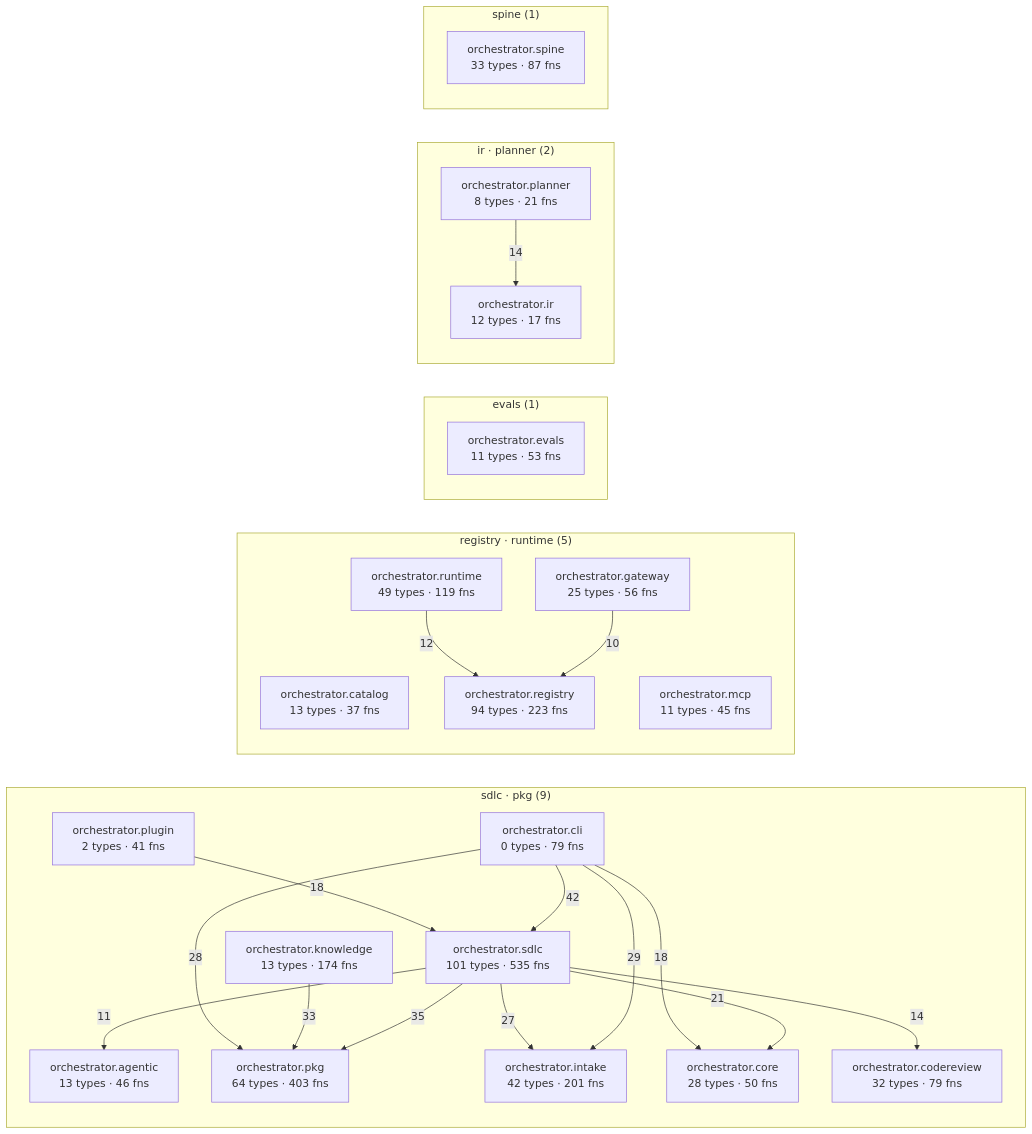
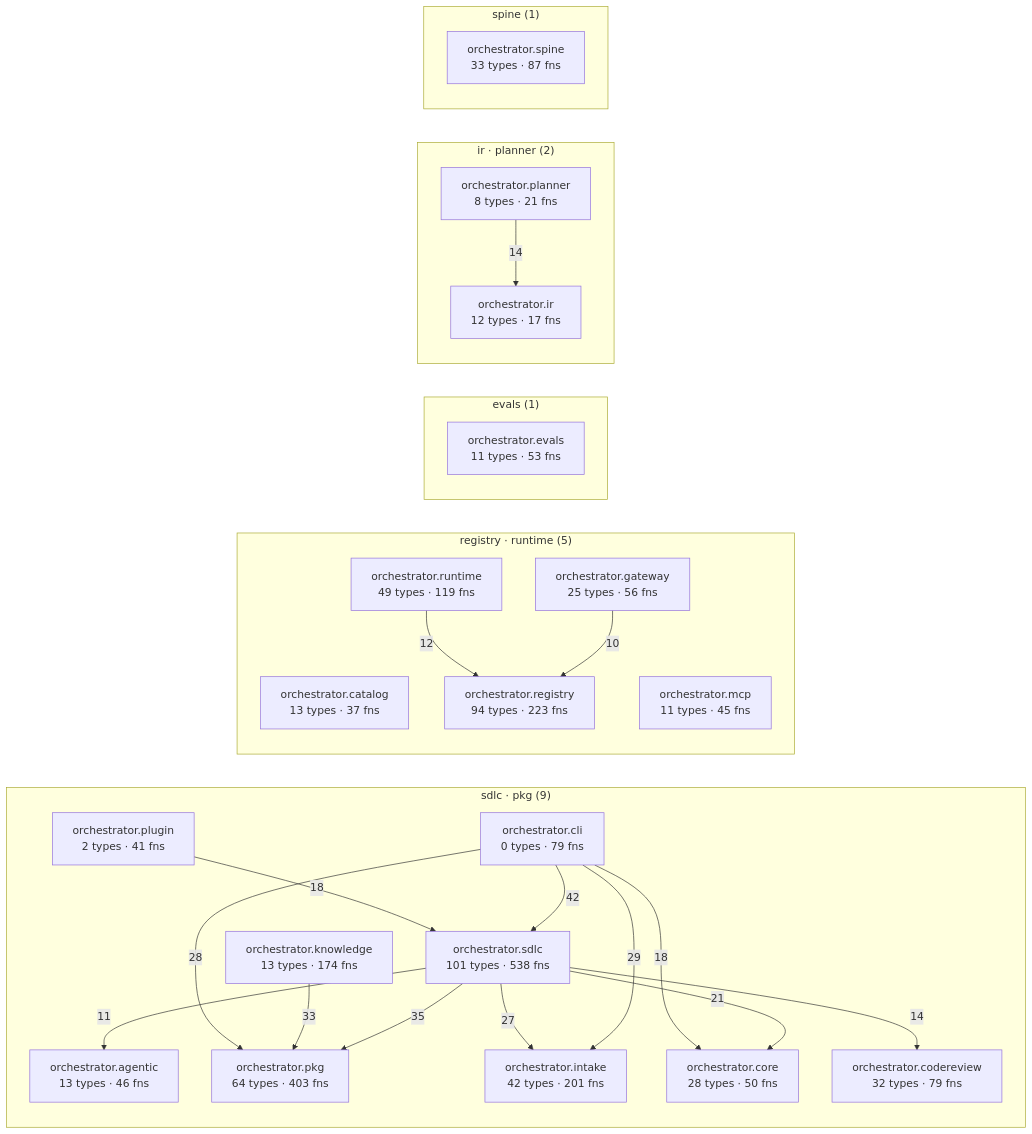
The diagram in episteme/architecture.md (synaptixs/spine), drawn with Mermaid before and after one commit. The commit also changed other lines of this file and 10 other files, not shown here.

````diff
--- a/episteme/architecture.md
+++ b/episteme/architecture.md
@@ -54,45 +54,45 @@
 ```mermaid
 flowchart LR
   subgraph c_1["sdlc · pkg (9)"]
     aorchestratoragentic["orchestrator.agentic<br/>13 types · 46 fns"]
     aorchestratorcli["orchestrator.cli<br/>0 types · 79 fns"]
     aorchestratorcodereview["orchestrator.codereview<br/>32 types · 79 fns"]
     aorchestratorcore["orchestrator.core<br/>28 types · 50 fns"]
     aorchestratorintake["orchestrator.intake<br/>42 types · 201 fns"]
     aorchestratorknowledge["orchestrator.knowledge<br/>13 types · 174 fns"]
     aorchestratorpkg["orchestrator.pkg<br/>64 types · 403 fns"]
     aorchestratorplugin["orchestrator.plugin<br/>2 types · 41 fns"]
-    aorchestratorsdlc["orchestrator.sdlc<br/>101 types · 535 fns"]
+    aorchestratorsdlc["orchestrator.sdlc<br/>101 types · 538 fns"]
   end
   subgraph c_3["registry · runtime (5)"]
     aorchestratorcatalog["orchestrator.catalog<br/>13 types · 37 fns"]
     aorchestratorgateway["orchestrator.gateway<br/>25 types · 56 fns"]
     aorchestratormcp["orchestrator.mcp<br/>11 types · 45 fns"]
     aorchestratorregistry["orchestrator.registry<br/>94 types · 223 fns"]
     aorchestratorruntime["orchestrator.runtime<br/>49 types · 119 fns"]
   end
   subgraph c_5["evals (1)"]
     aorchestratorevals["orchestrator.evals<br/>11 types · 53 fns"]
   end
   subgraph c_7["ir · planner (2)"]
     aorchestratorir["orchestrator.ir<br/>12 types · 17 fns"]
     aorchestratorplanner["orchestrator.planner<br/>8 types · 21 fns"]
   end
   subgraph c_10["spine (1)"]
     aorchestratorspine["orchestrator.spine<br/>33 types · 87 fns"]
   end
   aorchestratorcli -->|42| aorchestratorsdlc
   aorchestratorsdlc -->|35| aorchestratorpkg
   aorchestratorknowledge -->|33| aorchestratorpkg
   aorchestratorcli -->|29| aorchestratorintake
   aorchestratorcli -->|28| aorchestratorpkg
   aorchestratorsdlc -->|27| aorchestratorintake
   aorchestratorsdlc -->|21| aorchestratorcore
   aorchestratorcli -->|18| aorchestratorcore
   aorchestratorplugin -->|18| aorchestratorsdlc
   aorchestratorplanner -->|14| aorchestratorir
   aorchestratorsdlc -->|14| aorchestratorcodereview
   aorchestratorruntime -->|12| aorchestratorregistry
   aorchestratorsdlc -->|11| aorchestratoragentic
   aorchestratorgateway -->|10| aorchestratorregistry
 ```
````
